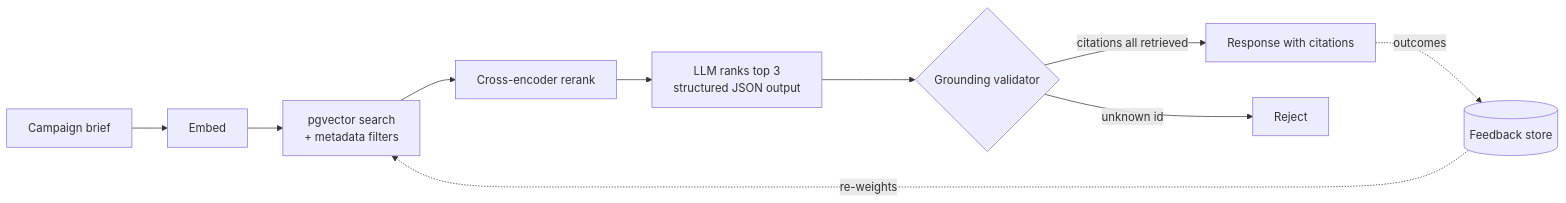
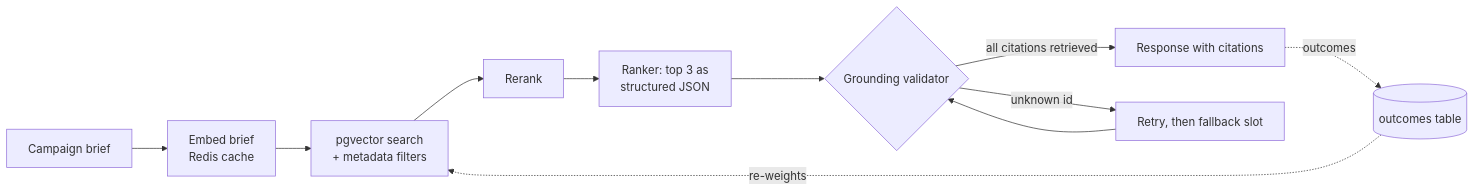
One commit to dakshshukla10/campaign-lookalike-rag changed the diagram in README.md. Above: the diagram before and after it, drawn with Mermaid. The commit also changed other lines of this file and 3 other files, not shown here.

````diff
--- a/README.md
+++ b/README.md
@@ -53,12 +52,13 @@
 ```mermaid
 flowchart LR
-    A[Campaign brief] --> B[Embed]
+    A[Campaign brief] --> B[Embed brief<br/>Redis cache]
     B --> C[pgvector search<br/>+ metadata filters]
-    C --> D[Cross-encoder rerank]
-    D --> E[LLM ranks top 3<br/>structured JSON output]
+    C --> D[Rerank]
+    D --> E[Ranker: top 3 as<br/>structured JSON]
     E --> F{Grounding validator}
-    F -->|citations all retrieved| G[Response with citations]
-    F -->|unknown id| H[Reject]
-    G -.outcomes.-> I[(Feedback store)]
+    F -->|all citations retrieved| G[Response with citations]
+    F -->|unknown id| H[Retry, then fallback slot]
+    H --> F
+    G -.outcomes.-> I[(outcomes table)]
     I -.re-weights.-> C
 ```
````
